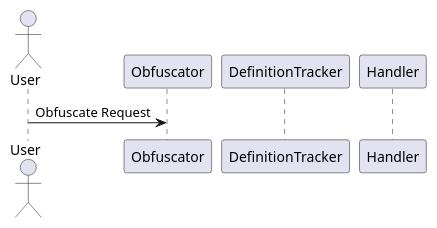
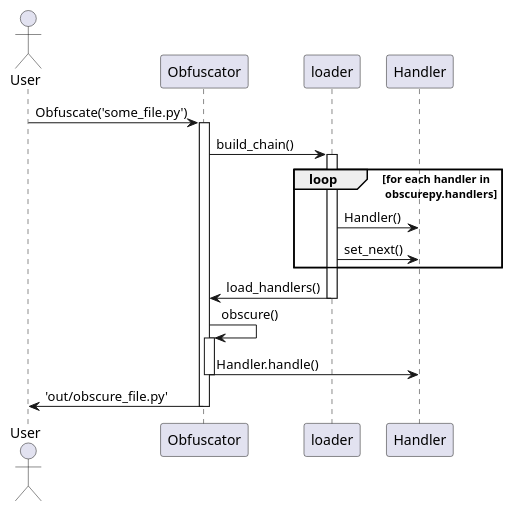
Before and after one commit to DrewTChrist/obscurepy: the diagram in plantuml/sequence_diagram.puml, drawn with PlantUML. The commit also changed 3 other files, not shown here.

Commit message:
Updated diagrams and exported their pngs

```diff
--- a/plantuml/sequence_diagram.puml
+++ b/plantuml/sequence_diagram.puml
@@ -1,15 +1,34 @@
 @startuml
 'autoactivate on
 actor User as User
 participant Obfuscator
-participant DefinitionTracker
+participant loader
 participant Handler
 
 
 ' comment
 /'
 multi line comment
 '/
-User -> Obfuscator : Obfuscate Request
+User -> Obfuscator : Obfuscate('some_file.py')
+activate Obfuscator
+
+Obfuscator -> loader : build_chain()
+activate loader
+loop for each handler in\n obscurepy.handlers
+    loader -> Handler : Handler()
+    loader -> Handler : set_next()
+end
+loader -> Obfuscator : load_handlers()
+deactivate loader
+
+Obfuscator -> Obfuscator : obscure()
+activate Obfuscator
+Obfuscator -> Handler : Handler.handle()
+
+
+deactivate Obfuscator
+Obfuscator -> User : 'out/obscure_file.py'
+deactivate Obfuscator
 
 @enduml
```
